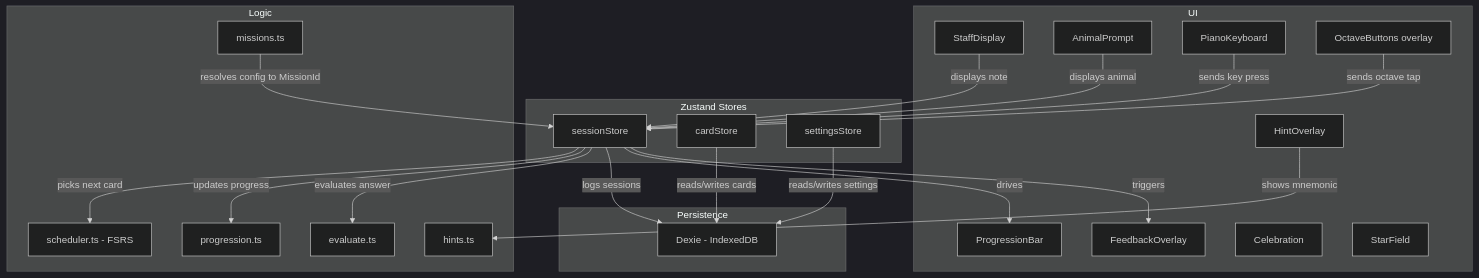
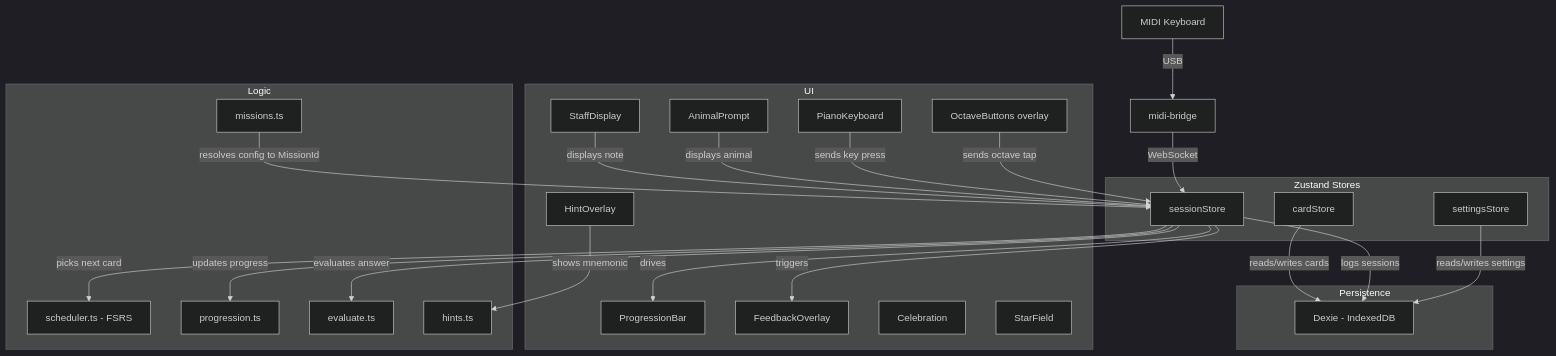
One commit to dpkay/vibeyond changed the first of 2 diagrams in docs/TDD.md. Above: the diagram before and after it, drawn with Mermaid (dark theme). The commit also changed other lines of this file and 14 other files, not shown here.

First line of the commit message:
Add MIDI input via WebSocket bridge

````diff
--- a/docs/TDD.md
+++ b/docs/TDD.md
@@ -22,47 +22,49 @@
 ```mermaid
 graph TD
     subgraph UI
         A[StaffDisplay]
         A2[AnimalPrompt]
         B[PianoKeyboard]
         B2[OctaveButtons overlay]
         C[ProgressionBar]
         D[FeedbackOverlay]
         D2[HintOverlay]
         D3[Celebration]
         SF[StarField]
     end
 
     subgraph "Zustand Stores"
         SS[sessionStore]
         CS[cardStore]
         SET[settingsStore]
     end
 
     subgraph Logic
         F[scheduler.ts - FSRS]
         G[progression.ts]
         EV[evaluate.ts]
         H[hints.ts]
         M[missions.ts]
     end
 
     subgraph Persistence
         DB[Dexie - IndexedDB]
     end
 
     M -- resolves config to MissionId --> SS
     SS -- picks next card --> F
     SS -- updates progress --> G
     SS -- evaluates answer --> EV
     CS -- reads/writes cards --> DB
     SS -- logs sessions --> DB
     SET -- reads/writes settings --> DB
     A -- displays note --> SS
     A2 -- displays animal --> SS
     B -- sends key press --> SS
     B2 -- sends octave tap --> SS
+    MIDI[MIDI Keyboard] -- USB --> Bridge[midi-bridge]
+    Bridge -- WebSocket --> SS
     SS -- drives --> C
     SS -- triggers --> D
     D2 -- shows mnemonic --> H
 ```
````
